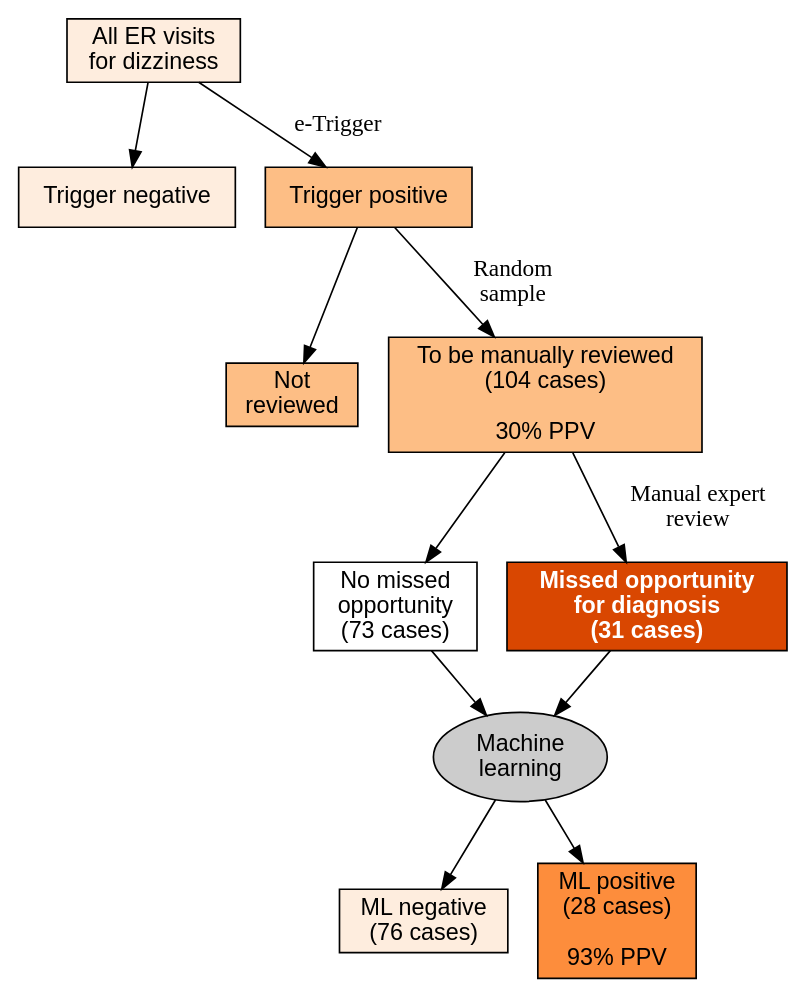
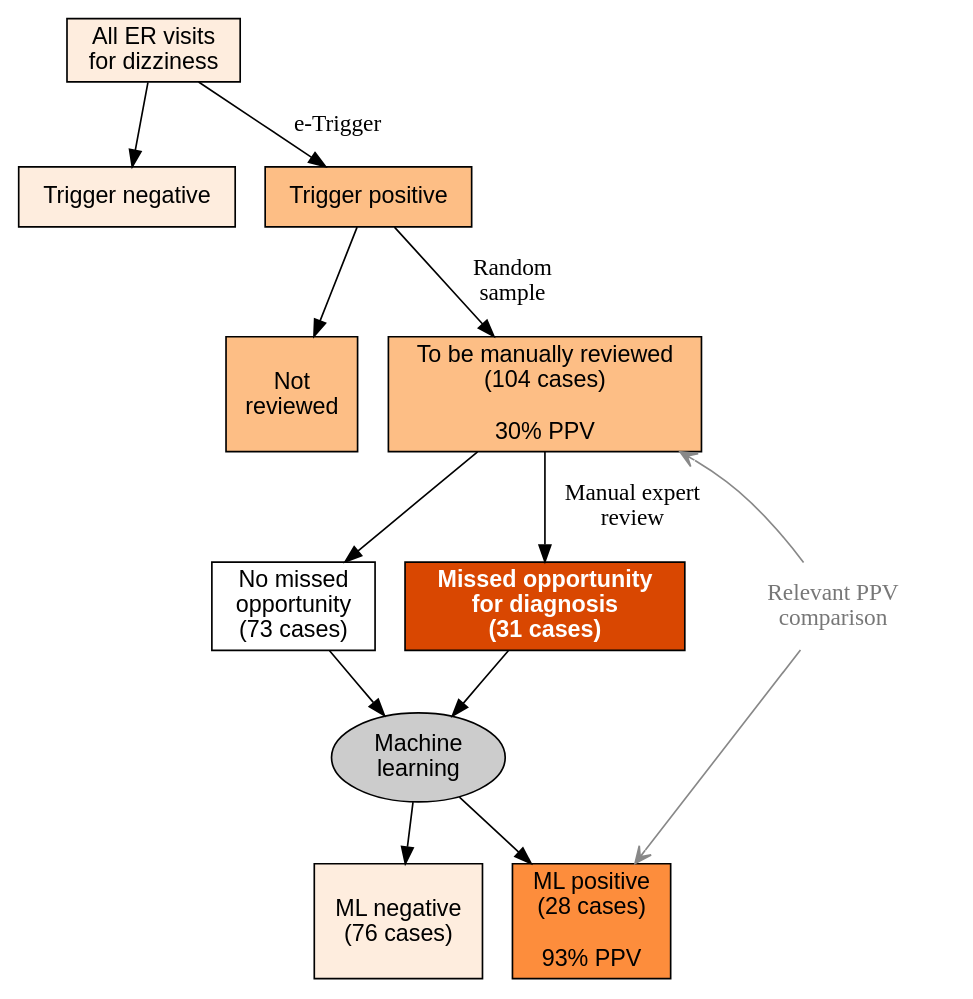
Before and after one commit to zimolzak/ml-detect-diagnostic-safety: the diagram in AndyZimolzak/flow-colors-sparser.dot, drawn with Graphviz.

Commit message:
Add back in grey arrows

```diff
--- a/AndyZimolzak/flow-colors-sparser.dot
+++ b/AndyZimolzak/flow-colors-sparser.dot
@@ -1,44 +1,50 @@
 digraph G {
 
 node [style = filled, fillcolor="white", fontname="Helvetica", colorscheme="oranges4"]
 
 
 
 // Rectangles for number of charts
 
 twentyMillion [shape="rectangle", label="All ER visits\nfor dizziness", fillcolor=1];
 millionsNeg   [shape="rectangle", label="Trigger negative", fillcolor=1];
 thousands     [shape="rectangle", label="Trigger positive", fillcolor=2];
 
-notReview [shape="rectangle" label="Not\nreviewed", fillcolor=2];
+notReview [shape="rectangle" label="\nNot\nreviewed\n ", fillcolor=2];
 hundredReview [shape="rectangle", label="To be manually reviewed\n(104 cases)\n\n30% PPV", fillcolor=2];
 
 noMissedOD [shape="rectangle", label="No missed\nopportunity\n(73 cases)"];
 MissedOD   [shape="rectangle", label="Missed opportunity\nfor diagnosis\n(31 cases)", fillcolor=4, fontcolor="white", fontname="Helvetica-Bold"];
 
-mlneg [shape="rectangle", fillcolor=1, label="ML negative\n(76 cases)"];
+mlneg [shape="rectangle", fillcolor=1, label="\nML negative\n(76 cases)\n "];
 mlpos [shape="rectangle", fillcolor=3, label="ML positive\n(28 cases)\n\n93% PPV"];  // color 3 is used only for ML +
 
 ML [fillcolor="#cccccc", label="Machine\nlearning"];
 
 
 
 
 // Edges
 
 twentyMillion -> millionsNeg;
 twentyMillion -> thousands [label="e-Trigger"];
 
 thousands -> notReview;
 thousands -> hundredReview [label="Random\nsample"];
 
 hundredReview -> noMissedOD;
 hundredReview -> MissedOD [label="Manual expert\nreview"];
 
 noMissedOD -> ML;
 MissedOD -> ML;
 
 ML -> mlneg;
 ML -> mlpos;
 
+MLImproves[penwidth=0, label="Relevant PPV\ncomparison", fontcolor="#777777", fontname="Helvetica Italic"]
+hundredReview -> MLImproves [color="#888888", arrowtail=vee, dir=back]
+MLImproves -> mlpos [color="#888888", arrowhead=vee, constraint=false]
+
+//e-trigger alone vs. e-trigger plus ML
+
 }
```
